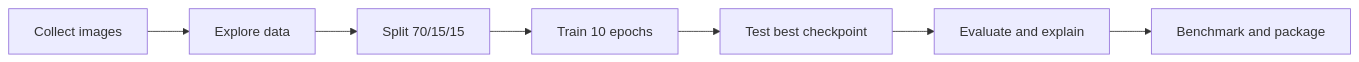
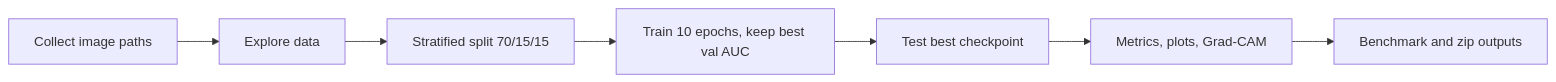
One commit to parthmital/NeuroScan-AI changed the diagram in Backend/Binary Detection/README.md. Above: the diagram before and after it, drawn with Mermaid. The commit also changed other lines of this file and 9 other files, not shown here.

````diff
--- a/Backend/Binary Detection/README.md
+++ b/Backend/Binary Detection/README.md
@@ -395,5 +69,6 @@
 ```mermaid
 flowchart LR
-    A[Collect images] --> B[Explore data] --> C[Split 70/15/15] --> D[Train 10 epochs]
-    D --> E[Test best checkpoint] --> F[Evaluate and explain] --> G[Benchmark and package]
+    A[Collect image paths] --> B[Explore data] --> C[Stratified split 70/15/15]
+    C --> D[Train 10 epochs, keep best val AUC] --> E[Test best checkpoint]
+    E --> F[Metrics, plots, Grad-CAM] --> G[Benchmark and zip outputs]
 ```
````
